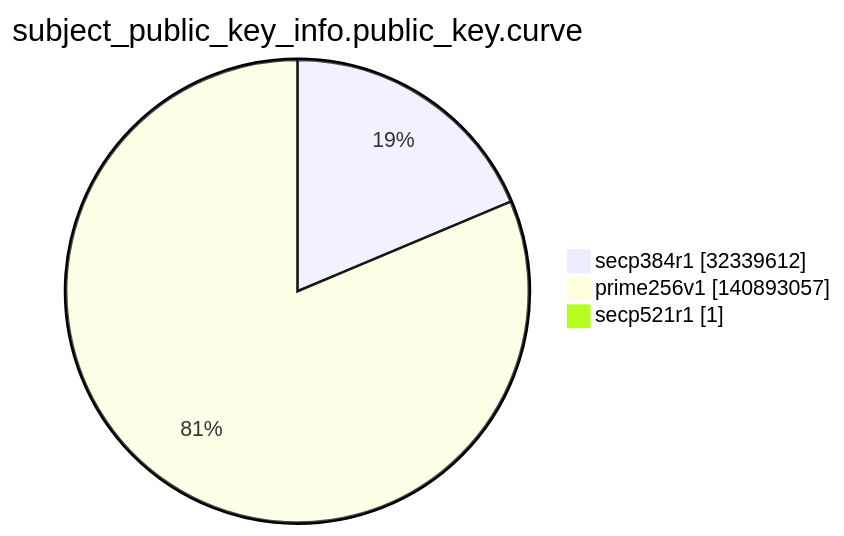
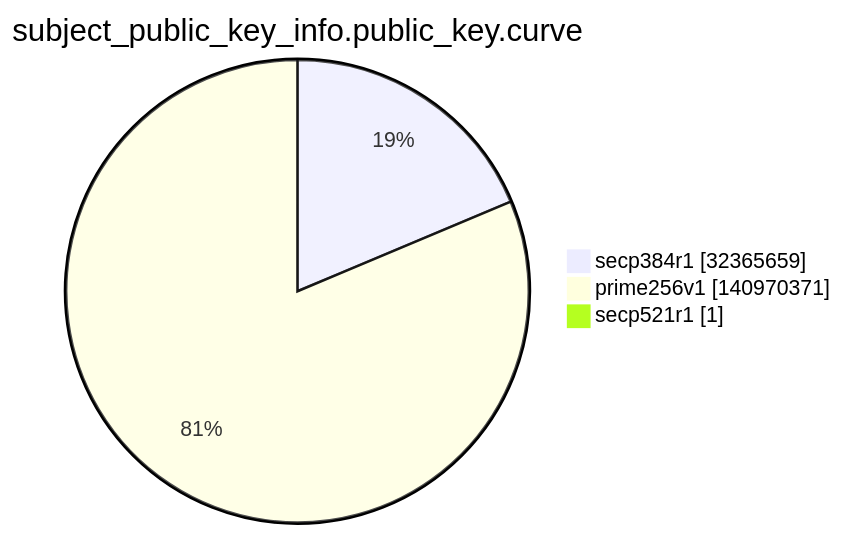
Before and after one commit to christiankrug/ctmonitor_visualization: the ninth of 15 diagrams in argon2022/README.md, drawn with Mermaid. The commit also changed other lines of this file, not shown here.

````diff
--- a/argon2022/README.md
+++ b/argon2022/README.md
@@ -2762,7 +2763,7 @@
 ```mermaid
 pie showData
 title subject_public_key_info.public_key.curve
-"secp384r1" :32339612
-"prime256v1" :140893057
+"secp384r1" :32365659
+"prime256v1" :140970371
 "secp521r1" :1
 ```
````
